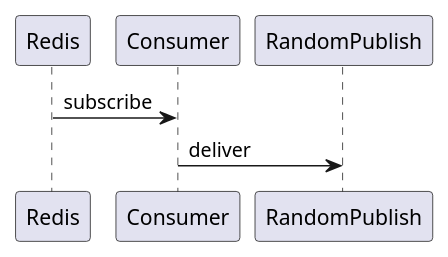
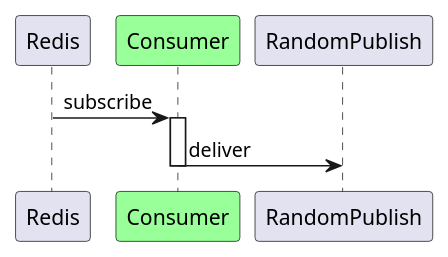
One commit to yurake/k8s-3tier-webapp changed the diagram in docs/uml/consumer-redis-quarkus.pu. Above: the diagram before and after it, drawn with PlantUML. The commit also changed 22 other files, not shown here.

```diff
--- a/docs/uml/consumer-redis-quarkus.pu
+++ b/docs/uml/consumer-redis-quarkus.pu
@@ -1,4 +1,8 @@
 @startuml consumer-redis-quarkus
+participant Redis
+participant Consumer as Consumer #99FF99
 Redis -> Consumer: subscribe
+activate Consumer
 Consumer -> RandomPublish: deliver
+deactivate Consumer
 @enduml
```
